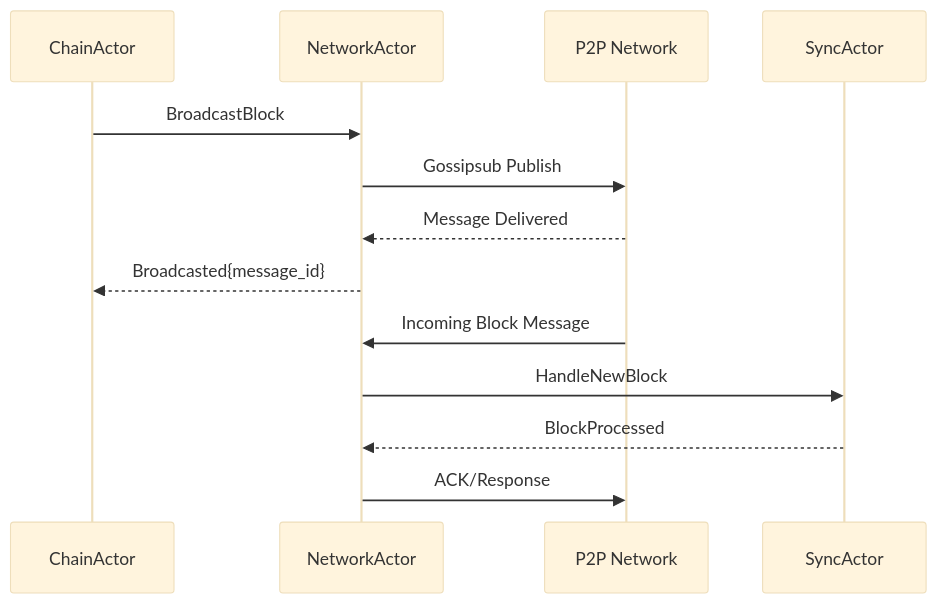
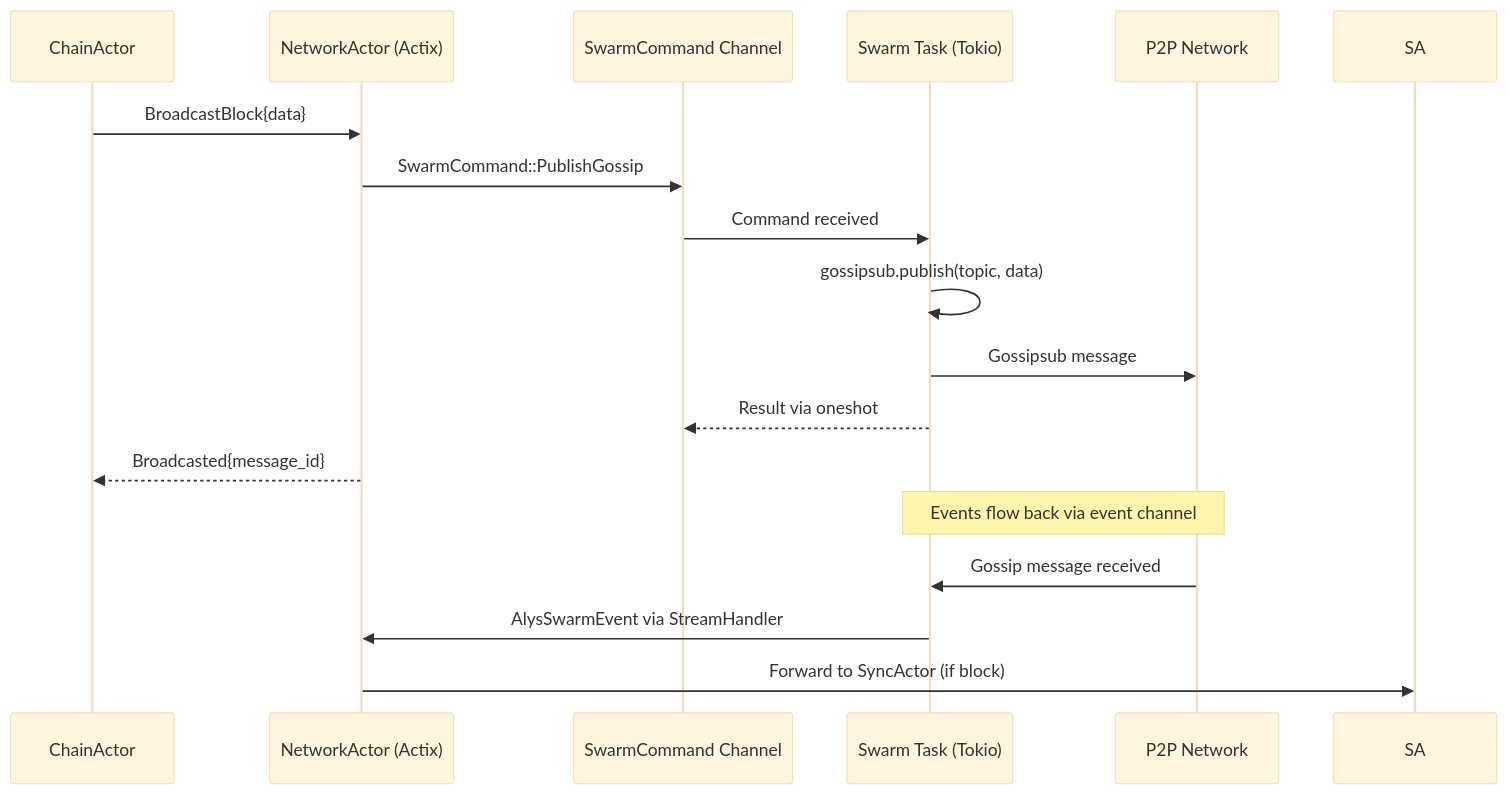
The third of 9 diagrams in docs/v2_alpha/actors/network/onboarding.knowledge.book.md (AnduroProject/alys), drawn with Mermaid (base theme) before and after one commit. The commit also changed other lines of this file, not shown here.

First line of the commit message:
docs: update onboarding knowledge book for NetworkActor V2

````diff
--- a/docs/v2_alpha/actors/network/onboarding.knowledge.book.md
+++ b/docs/v2_alpha/actors/network/onboarding.knowledge.book.md
@@ -282,17 +311,21 @@
 ```mermaid
 sequenceDiagram
     participant CA as ChainActor
-    participant NA as NetworkActor
+    participant NA as NetworkActor (Actix)
+    participant CMD as SwarmCommand Channel
+    participant SWARM as Swarm Task (Tokio)
     participant P as P2P Network
-    participant SA as SyncActor
 
-    CA->>NA: BroadcastBlock
-    NA->>P: Gossipsub Publish
-    P-->>NA: Message Delivered
+    CA->>NA: BroadcastBlock{data}
+    NA->>CMD: SwarmCommand::PublishGossip
+    CMD->>SWARM: Command received
+    SWARM->>SWARM: gossipsub.publish(topic, data)
+    SWARM->>P: Gossipsub message
+    SWARM-->>CMD: Result via oneshot
     NA-->>CA: Broadcasted{message_id}
 
-    P->>NA: Incoming Block Message
-    NA->>SA: HandleNewBlock
-    SA-->>NA: BlockProcessed
-    NA->>P: ACK/Response
+    Note over SWARM,P: Events flow back via event channel
+    P->>SWARM: Gossip message received
+    SWARM->>NA: AlysSwarmEvent via StreamHandler
+    NA->>SA: Forward to SyncActor (if block)
 ```
````
